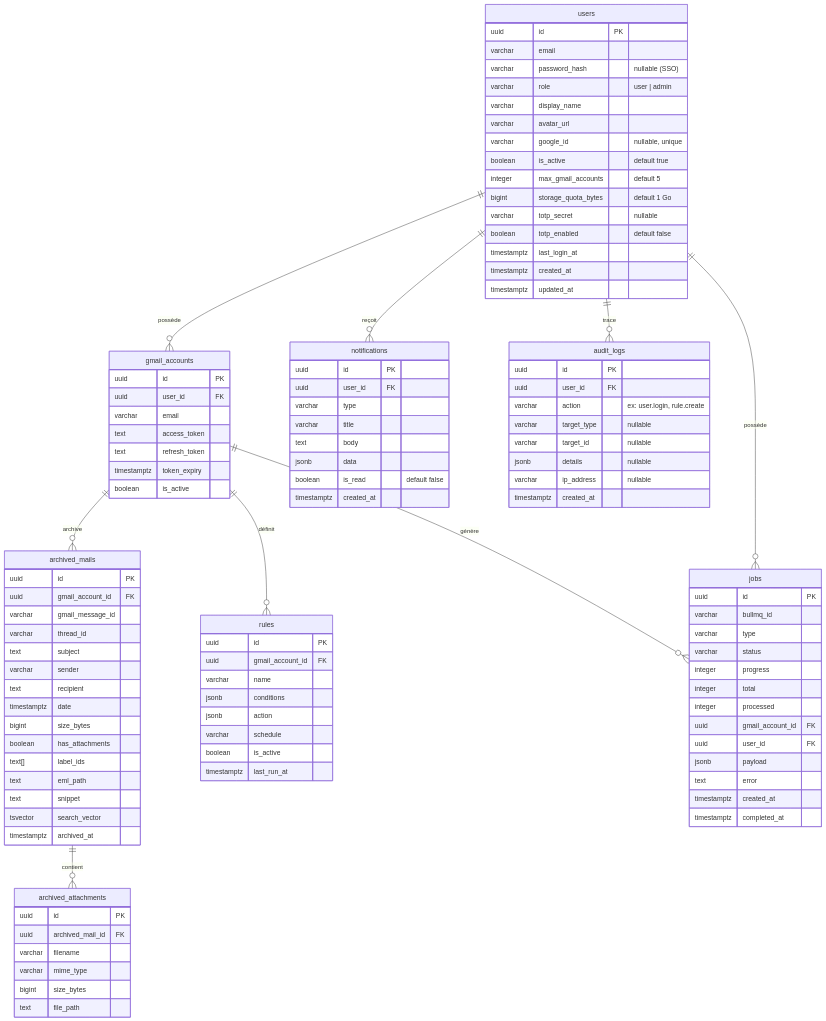
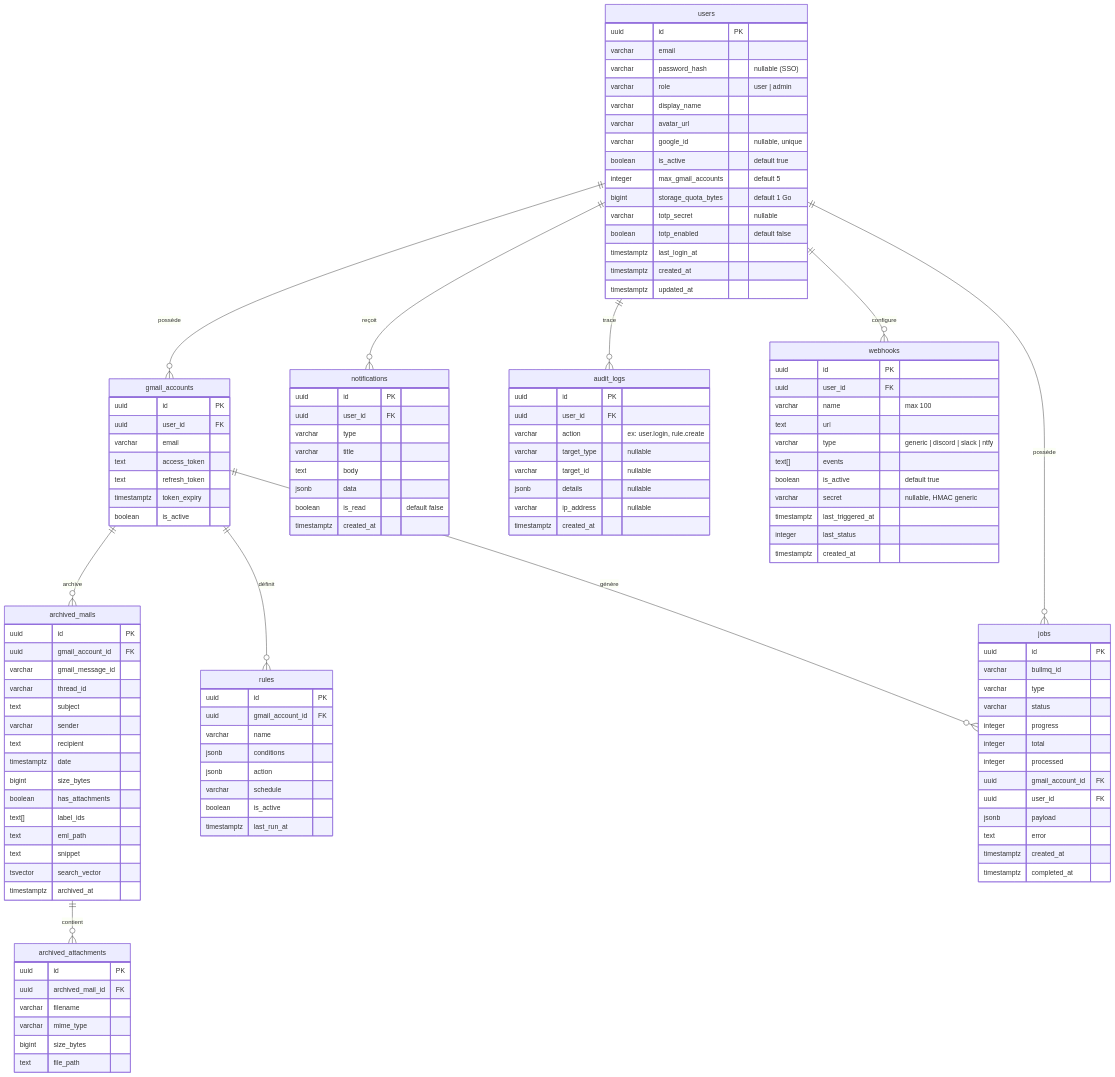
One commit to Le-Nid/nid changed the diagram in docs/architecture/database.md. Above: the diagram before and after it, drawn with Mermaid. The commit also changed other lines of this file and 24 other files, not shown here.

```diff
--- a/docs/architecture/database.md
+++ b/docs/architecture/database.md
@@ -94,6 +94,21 @@
     users ||--o{ jobs : "possède"
     users ||--o{ notifications : "reçoit"
     users ||--o{ audit_logs : "trace"
+    users ||--o{ webhooks : "configure"
+
+    webhooks {
+        uuid id PK
+        uuid user_id FK
+        varchar name "max 100"
+        text url
+        varchar type "generic | discord | slack | ntfy"
+        text[] events
+        boolean is_active "default true"
+        varchar secret "nullable, HMAC generic"
+        timestamptz last_triggered_at
+        integer last_status
+        timestamptz created_at
+    }
 
     notifications {
         uuid id PK
```
